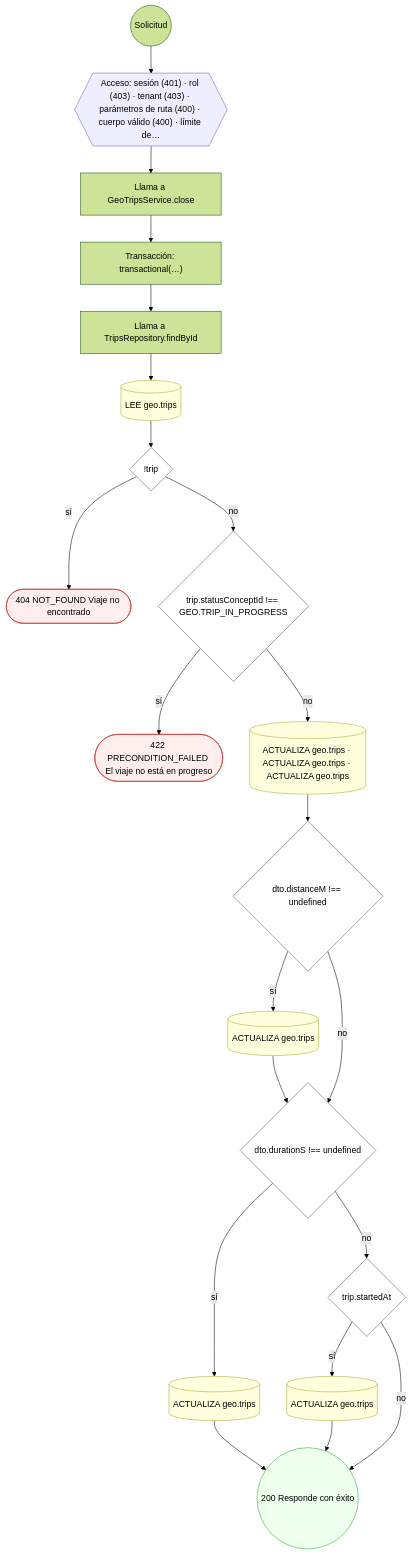
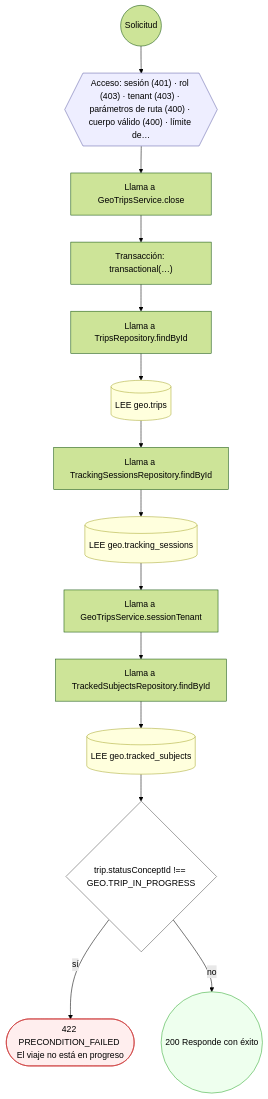
Before and after one commit to mdavila-2001/mantra-core-health-api: diagram 11 of 11 in docs/inventario/flujos/geo.md, drawn with Mermaid (forest theme). The commit also changed other lines of this file and 438 other files, not shown here.

````diff
--- a/docs/inventario/flujos/geo.md
+++ b/docs/inventario/flujos/geo.md
@@ -634,47 +599,36 @@
 ```mermaid
 flowchart TD
   n1(("Solicitud")):::inicio
   n2{{"Acceso: sesión (401) · rol (403) · tenant (403) · parámetros de ruta (400) · cuerpo válido (400) · límite de…"}}:::acceso
   n1 --> n2
   n3["Llama a GeoTripsService.close"]:::llamada
   n2 --> n3
   n4["Transacción: transactional(…)"]:::transaccion
   n3 --> n4
   n5["Llama a TripsRepository.findById"]:::llamada
   n4 --> n5
   n6[("LEE geo.trips")]:::efecto
   n5 --> n6
-  n7{"!trip"}:::decision
+  n7["Llama a TrackingSessionsRepository.findById"]:::llamada
   n6 --> n7
-  n8(["404 NOT_FOUND Viaje no encontrado"]):::error
-  n7 -->|"sí"| n8
-  n9{"trip.statusConceptId !== GEO.TRIP_IN_PROGRESS"}:::decision
-  n7 -->|"no"| n9
-  n10(["422 PRECONDITION_FAILED El viaje no está en progreso"]):::error
-  n9 -->|"sí"| n10
-  n11[("ACTUALIZA geo.trips · ACTUALIZA geo.trips · ACTUALIZA geo.trips")]:::efecto
-  n9 -->|"no"| n11
-  n12{"dto.distanceM !== undefined"}:::decision
+  n8[("LEE geo.tracking_sessions")]:::efecto
+  n7 --> n8
+  n9["Llama a GeoTripsService.sessionTenant"]:::llamada
+  n8 --> n9
+  n10["Llama a TrackedSubjectsRepository.findById"]:::llamada
+  n9 --> n10
+  n11[("LEE geo.tracked_subjects")]:::efecto
+  n10 --> n11
+  n12{"trip.statusConceptId !== GEO.TRIP_IN_PROGRESS"}:::decision
   n11 --> n12
-  n13[("ACTUALIZA geo.trips")]:::efecto
+  n13(["422 PRECONDITION_FAILED El viaje no está en progreso"]):::error
   n12 -->|"sí"| n13
-  n14{"dto.durationS !== undefined"}:::decision
-  n13 --> n14
+  n14(("200 Responde con éxito")):::ok
   n12 -->|"no"| n14
-  n15[("ACTUALIZA geo.trips")]:::efecto
-  n14 -->|"sí"| n15
-  n16{"trip.startedAt"}:::decision
-  n14 -->|"no"| n16
-  n17[("ACTUALIZA geo.trips")]:::efecto
-  n16 -->|"sí"| n17
-  n18(("200 Responde con éxito")):::ok
-  n15 --> n18
-  n17 --> n18
-  n16 -->|"no"| n18
   classDef acceso fill:#eef,stroke:#66a
   classDef error fill:#fee,stroke:#c33
   classDef ok fill:#efe,stroke:#3a3
   classDef efecto fill:#ffd,stroke:#aa3
   classDef decision fill:#fff,stroke:#555
   classDef corte fill:#eee,stroke:#999,stroke-dasharray: 4
 ```
````
